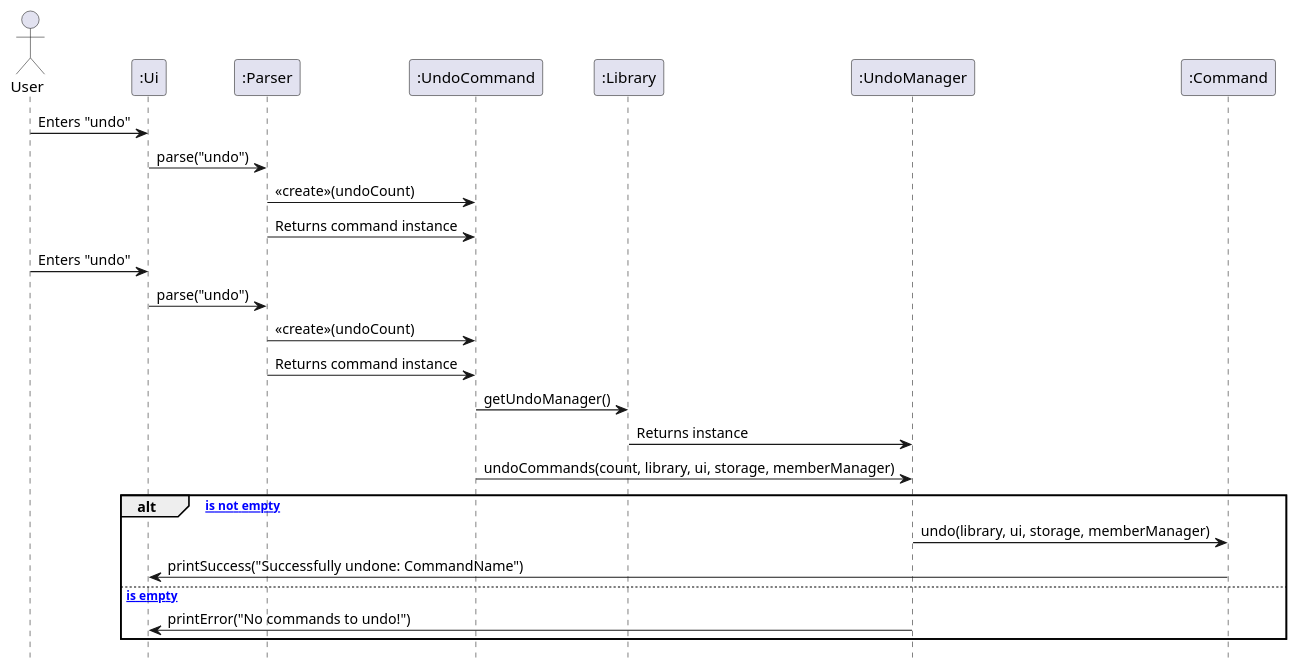
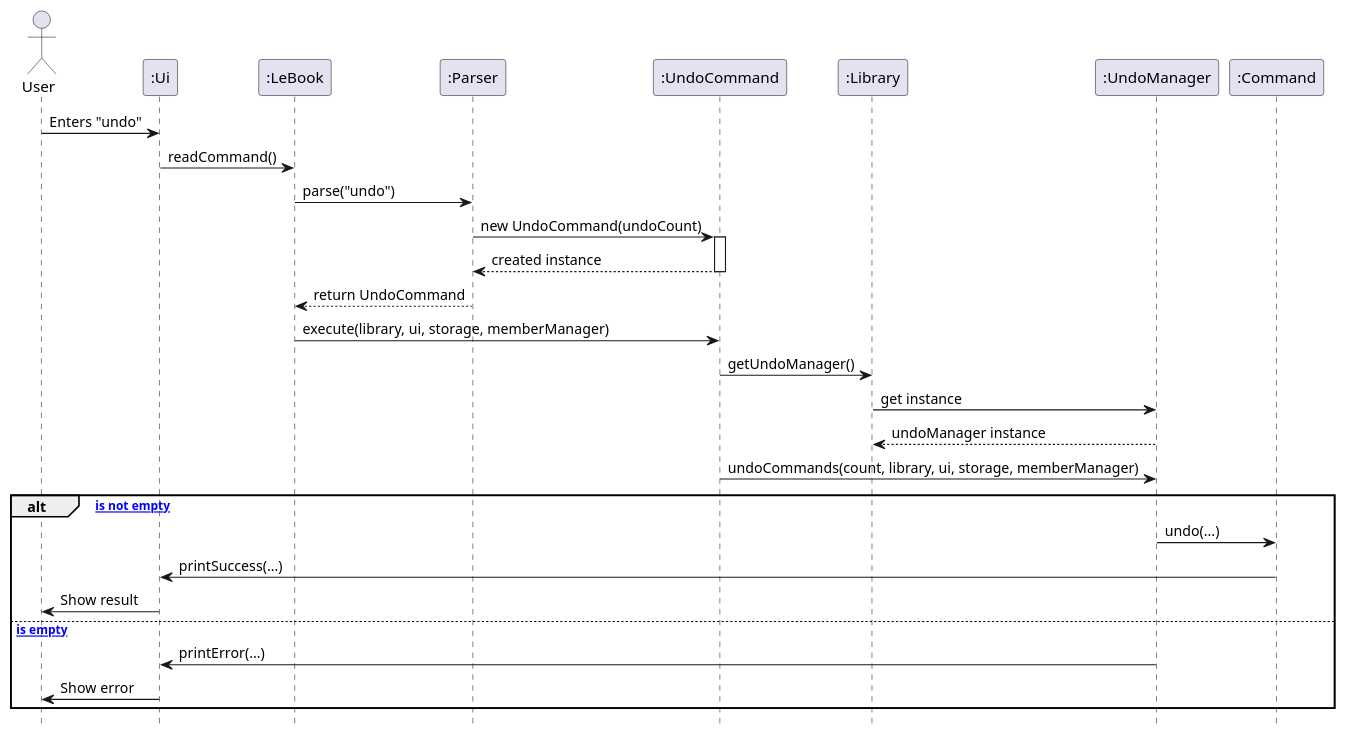
Before and after one commit to eth4n22/tp: the diagram in docs/diagrams/UndoCommandSequence.puml, drawn with PlantUML. The commit also changed other lines of this file and 4 other files, not shown here.

```diff
--- a/docs/diagrams/UndoCommandSequence.puml
+++ b/docs/diagrams/UndoCommandSequence.puml
@@ -1,38 +1,42 @@
 @startuml
 
 hide footbox
-hide circle
 skinparam classAttributeIconSize 0
 
 actor User
 
 participant ":Ui"
+participant ":LeBook"
 participant ":Parser"
 participant ":UndoCommand"
 participant ":Library"
 participant ":UndoManager"
 participant ":Command"
 
 User -> ":Ui" : Enters "undo"
-":Ui" -> ":Parser" : parse("undo")
-":Parser" -> ":UndoCommand" : «create»(undoCount)
-":Parser" -> ":UndoCommand" : Returns command instance
+":Ui" -> ":LeBook" : readCommand()
 
-User -> ":Ui" : Enters "undo"
-":Ui" -> ":Parser" : parse("undo")
-":Parser" -> ":UndoCommand" : «create»(undoCount)
-":Parser" -> ":UndoCommand" : Returns command instance
+":LeBook" -> ":Parser" : parse("undo")
+":Parser" -> ":UndoCommand" : new UndoCommand(undoCount)
+activate ":UndoCommand"
+":UndoCommand" --> ":Parser" : created instance
+deactivate ":UndoCommand"
+":Parser" --> ":LeBook" : return UndoCommand
 
+":LeBook" -> ":UndoCommand" : execute(library, ui, storage, memberManager)
 ":UndoCommand" -> ":Library" : getUndoManager()
-":Library" -> ":UndoManager" : Returns instance
+":Library" -> ":UndoManager" : get instance
+":UndoManager" --> ":Library" : undoManager instance
 
 ":UndoCommand" -> ":UndoManager" : undoCommands(count, library, ui, storage, memberManager)
 
 alt [commandHistory is not empty]
-    ":UndoManager" -> ":Command" : undo(library, ui, storage, memberManager)
-    ":Command" -> ":Ui" : printSuccess("Successfully undone: CommandName")
+    ":UndoManager" -> ":Command" : undo(...)
+    ":Command" -> ":Ui" : printSuccess(...)
+    ":Ui" -> User : Show result
 else [commandHistory is empty]
-    ":UndoManager" -> ":Ui" : printError("No commands to undo!")
+    ":UndoManager" -> ":Ui" : printError(...)
+    ":Ui" -> User : Show error
 end
 
 @enduml
```
